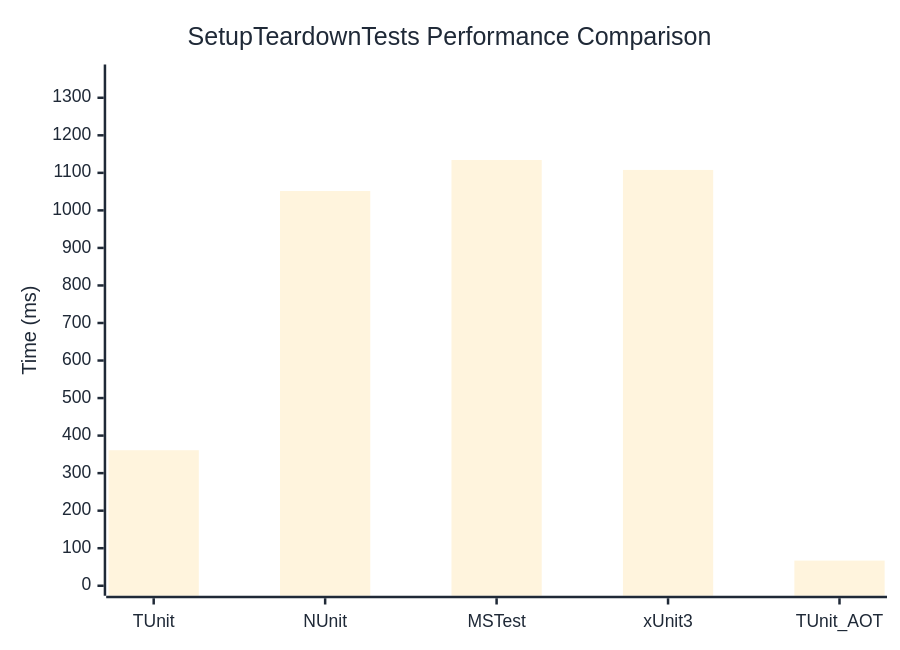
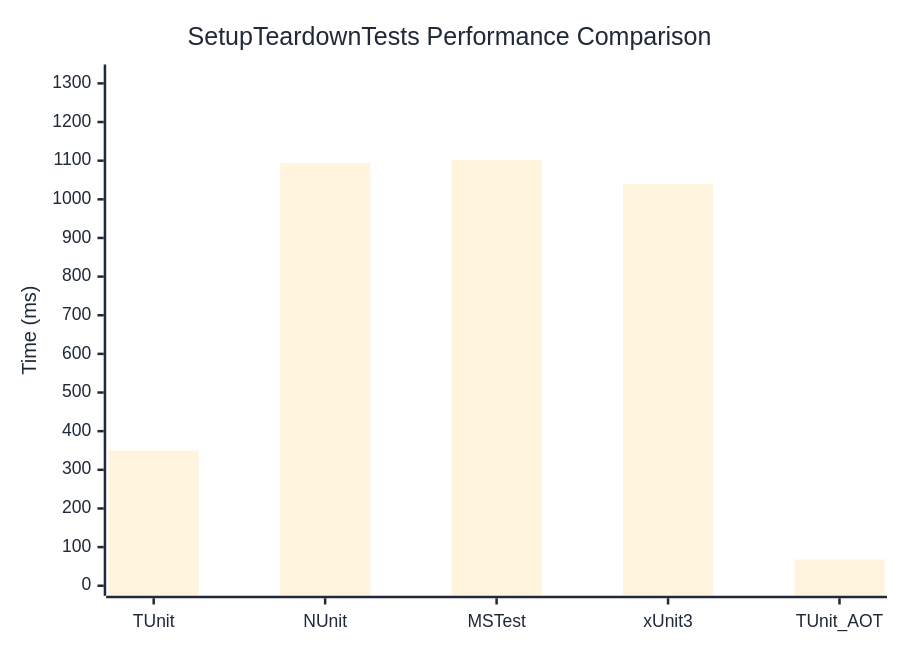
The diagram in docs/docs/benchmarks/engine/SetupTeardownTests.md (thomhurst/TUnit), drawn with Mermaid before and after one commit. The commit also changed other lines of this file and 18 other files, not shown here.

````diff
--- a/docs/docs/benchmarks/engine/SetupTeardownTests.md
+++ b/docs/docs/benchmarks/engine/SetupTeardownTests.md
@@ -29,37 +29,37 @@
 ```mermaid
 %%{init: {
   'theme':'base',
   'themeVariables': {
     'primaryColor': '#2563eb',
     'primaryTextColor': '#1f2937',
     'primaryBorderColor': '#1e40af',
     'lineColor': '#6b7280',
     'secondaryColor': '#7c3aed',
     'tertiaryColor': '#dc2626',
     'background': '#ffffff',
     'mainBkg': '#2563eb',
     'secondBkg': '#7c3aed',
     'tertiaryBkg': '#dc2626',
     'clusterBkg': '#f3f4f6',
     'edgeLabelBackground': '#ffffff',
     'tertiaryTextColor': '#1f2937',
     'pie1': '#2563eb',
     'pie2': '#7c3aed',
     'pie3': '#dc2626',
     'pie4': '#f59e0b',
     'pie5': '#10b981',
     'pie6': '#06b6d4',
     'pie7': '#ec4899',
     'pie8': '#6366f1',
     'pie9': '#84cc16',
     'pie10': '#f97316',
     'pie11': '#14b8a6',
     'pie12': '#a855f7'
   }
 }}%%
 xychart-beta
   title "SetupTeardownTests Performance Comparison"
   x-axis ["TUnit", "NUnit", "MSTest", "xUnit3", "TUnit_AOT"]
-  y-axis "Time (ms)" 0 --> 1362
-  bar [361.06, 1051.58, 1134.21, 1107.75, 67.02]
+  y-axis "Time (ms)" 0 --> 1323
+  bar [349.73, 1093.86, 1101.72, 1040.28, 67.96]
 ```
````
